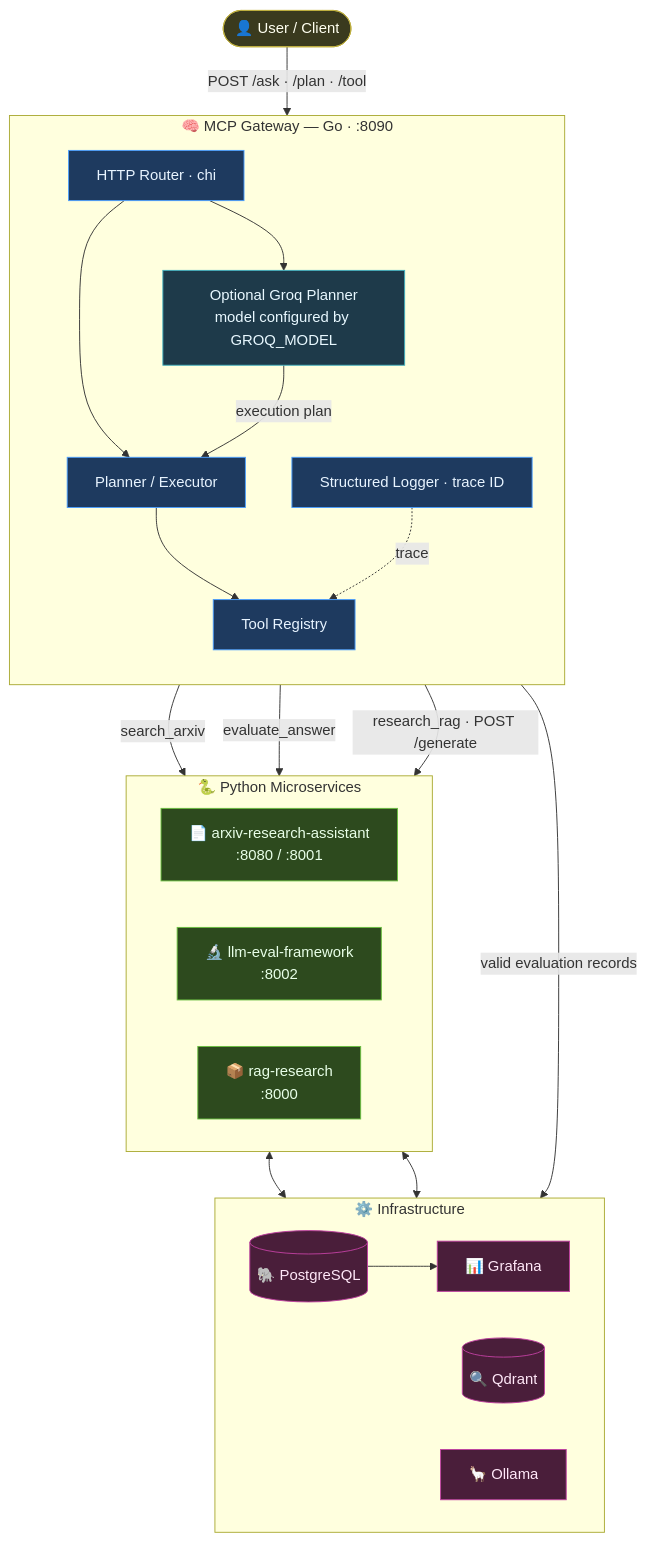
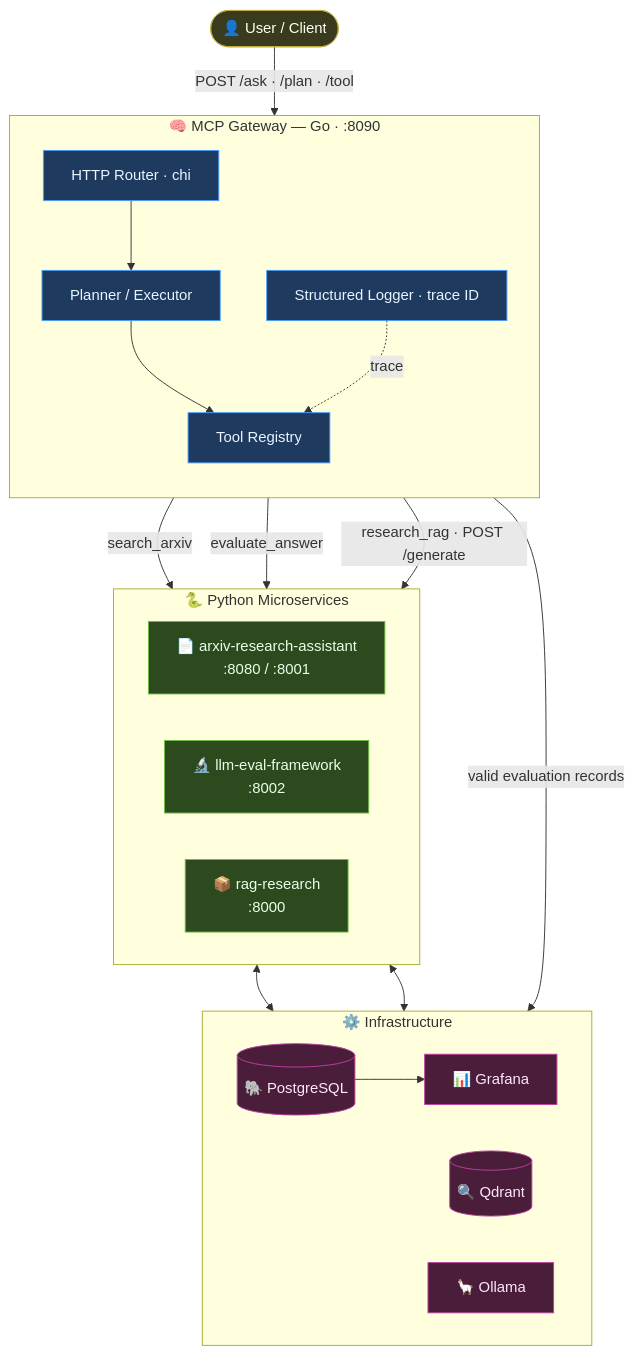
The diagram in docs/architecture.md (Kodok-Tuan-Rumah/mcp-gateway), drawn with Mermaid before and after one commit. The commit also changed other lines of this file and 50 other files, not shown here.

````diff
--- a/docs/architecture.md
+++ b/docs/architecture.md
@@ -2,54 +2,49 @@
 ```mermaid
 flowchart TD
     USER(["👤 User / Client"])
 
     subgraph GW["🧠  MCP Gateway — Go · :8090"]
         direction TB
         ROUTER["HTTP Router · chi"]
         REGISTRY["Tool Registry"]
         PLANNER["Planner / Executor"]
-        GROQ["Optional Groq Planner\nmodel configured by GROQ_MODEL"]
         LOGGER["Structured Logger · trace ID"]
     end
 
     subgraph PY["🐍  Python Microservices"]
         direction LR
         ARXIV["📄 arxiv-research-assistant\n:8080 / :8001"]
         EVAL["🔬 llm-eval-framework\n:8002"]
         RAG["📦 rag-research\n:8000"]
     end
 
     subgraph INFRA["⚙️  Infrastructure"]
         direction LR
         PG[("🐘 PostgreSQL")]
         QDRANT[("🔍 Qdrant")]
         OLLAMA["🦙 Ollama"]
         GRAFANA["📊 Grafana"]
     end
 
     USER -->|"POST /ask · /plan · /tool"| ROUTER
-    ROUTER --> GROQ
     ROUTER --> PLANNER
-    GROQ -->|"execution plan"| PLANNER
     PLANNER --> REGISTRY
     REGISTRY -->|"search_arxiv"| ARXIV
     REGISTRY -->|"evaluate_answer"| EVAL
     REGISTRY -->|"research_rag · POST /generate"| RAG
     ARXIV <--> QDRANT
     ARXIV <--> OLLAMA
     LOGGER -->|"valid evaluation records"| PG
     PG --> GRAFANA
     LOGGER -.->|"trace"| REGISTRY
 
     classDef gateway fill:#1e3a5f,stroke:#4a9eff,color:#e8f4ff
-    classDef groq    fill:#1e3a4a,stroke:#40b0bf,color:#e8f8ff
     classDef python  fill:#2d4a1e,stroke:#6abf40,color:#e8ffe8
     classDef infra   fill:#4a1e3a,stroke:#bf40a0,color:#ffe8f8
     classDef user    fill:#3a3a1e,stroke:#bfb040,color:#fffff0
 
     class ROUTER,REGISTRY,PLANNER,LOGGER gateway
-    class GROQ groq
     class ARXIV,EVAL,RAG python
     class PG,QDRANT,OLLAMA,GRAFANA infra
     class USER user
 ```
````
